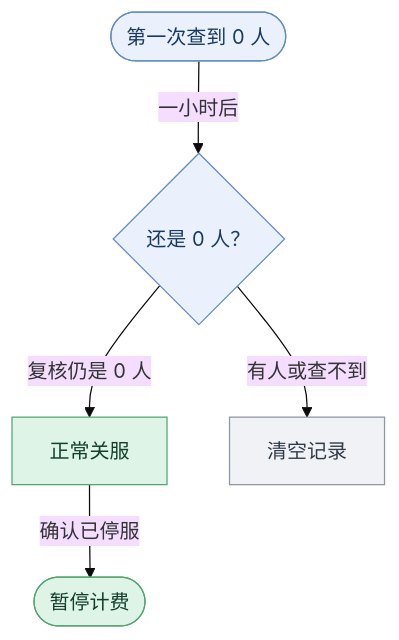
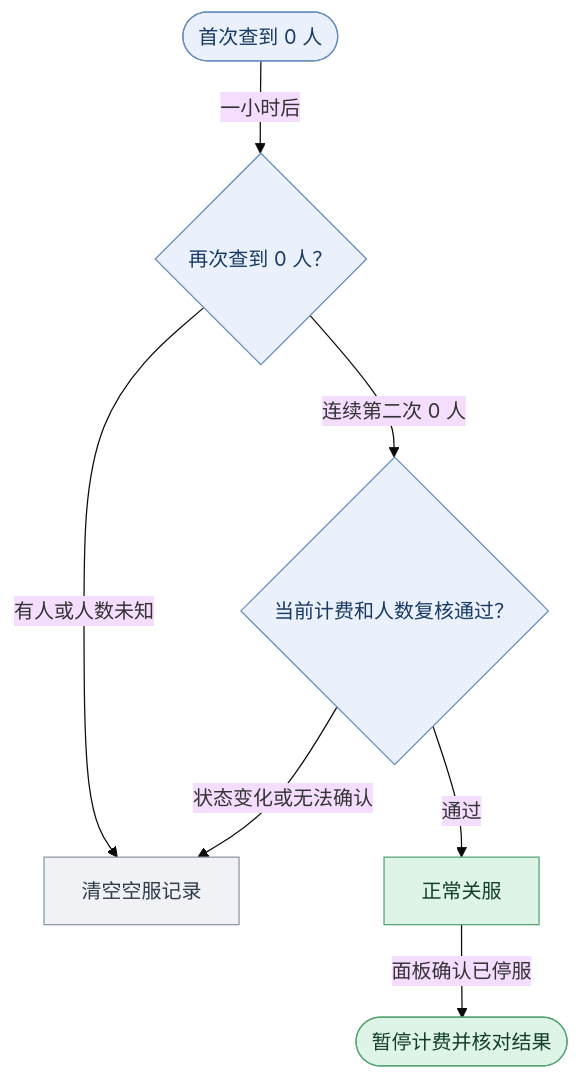
The diagram in README.md (shortFisherman/minekuai-idle-stop), drawn with Mermaid (base theme) before and after one commit. The commit also changed other lines of this file and 16 other files, not shown here.

````diff
--- a/README.md
+++ b/README.md
@@ -11,16 +86,16 @@
 ```mermaid
 flowchart TD
-    accTitle: 空服关停流程
-    accDescr: 每小时查一次，连续两次零人后复核并关服，确认停服后再暂停计费。
-    first(["第一次查到 0 人"]) -->|一小时后| second{"还是 0 人？"}
-    second -->|复核仍是 0 人| stop["正常关服"]
-    second -->|有人或查不到| reset["清空记录"]
-    stop -->|确认已停服| pause(["暂停计费"])
+    first(["首次查到 0 人"]) -->|"一小时后"| second{"再次查到 0 人？"}
+    second -->|"有人或人数未知"| reset["清空空服记录"]
+    second -->|"连续第二次 0 人"| check{"当前计费和人数复核通过？"}
+    check -->|"通过"| stop["正常关服"]
+    check -->|"状态变化或无法确认"| reset
+    stop -->|"面板确认已停服"| pause(["暂停计费并核对结果"])
 
     classDef check fill:#eaf1fc,stroke:#648cbf,color:#183a63
     classDef action fill:#def4e6,stroke:#54a373,color:#123e2b
     classDef reset fill:#f0f2f5,stroke:#8c96a4,color:#303b49
-    class first,second check
+    class first,second,check check
     class stop,pause action
     class reset reset
 ```
````
